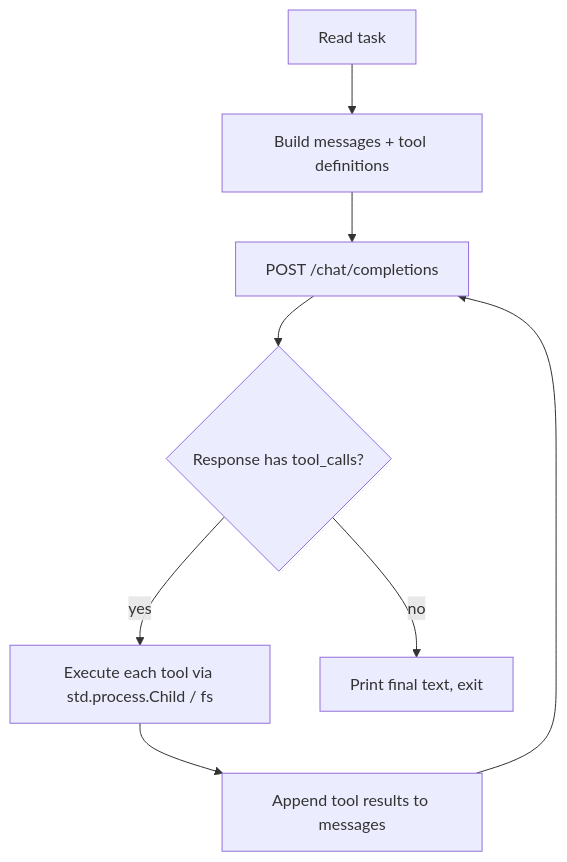
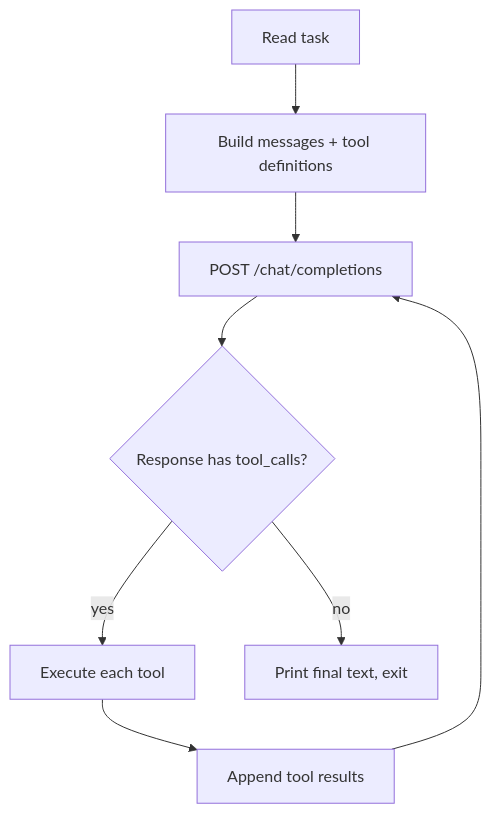
The diagram in README.md (xmeadow/igor), drawn with Mermaid before and after one commit. The commit also changed other lines of this file and 15 other files, not shown here.

````diff
--- a/README.md
+++ b/README.md
@@ -111,10 +71,10 @@
 ```mermaid
 flowchart TD
     A[Read task] --> B[Build messages + tool definitions]
     B --> C[POST /chat/completions]
     C --> D{Response has tool_calls?}
-    D -- yes --> E[Execute each tool via std.process.Child / fs]
-    E --> F[Append tool results to messages]
+    D -- yes --> E[Execute each tool]
+    E --> F[Append tool results]
     F --> C
     D -- no --> G[Print final text, exit]
 ```
````
